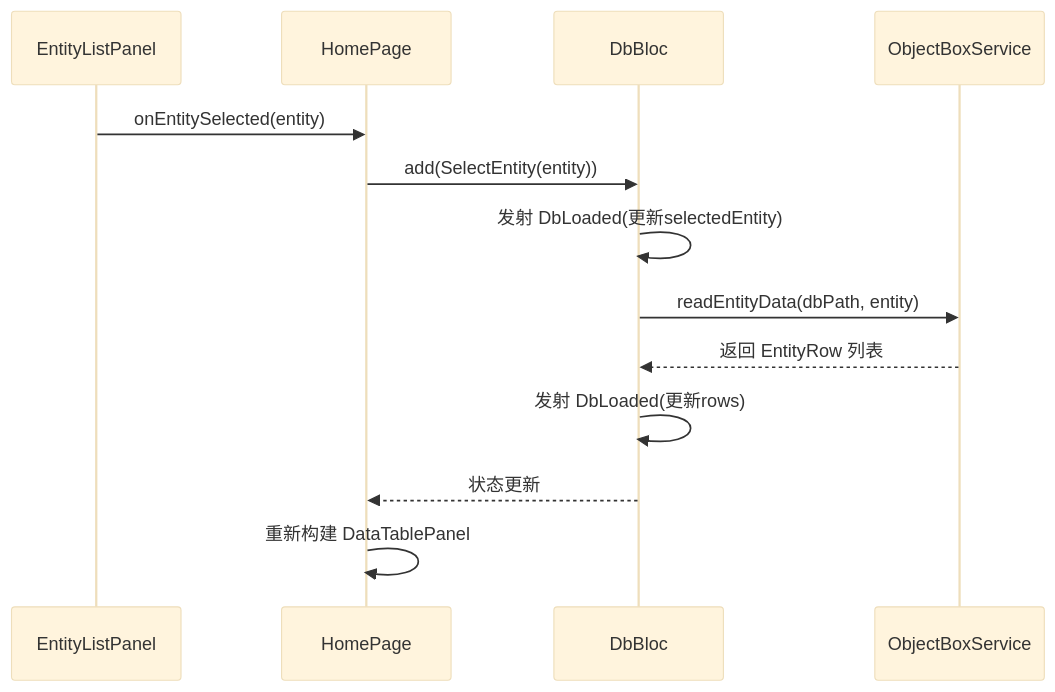
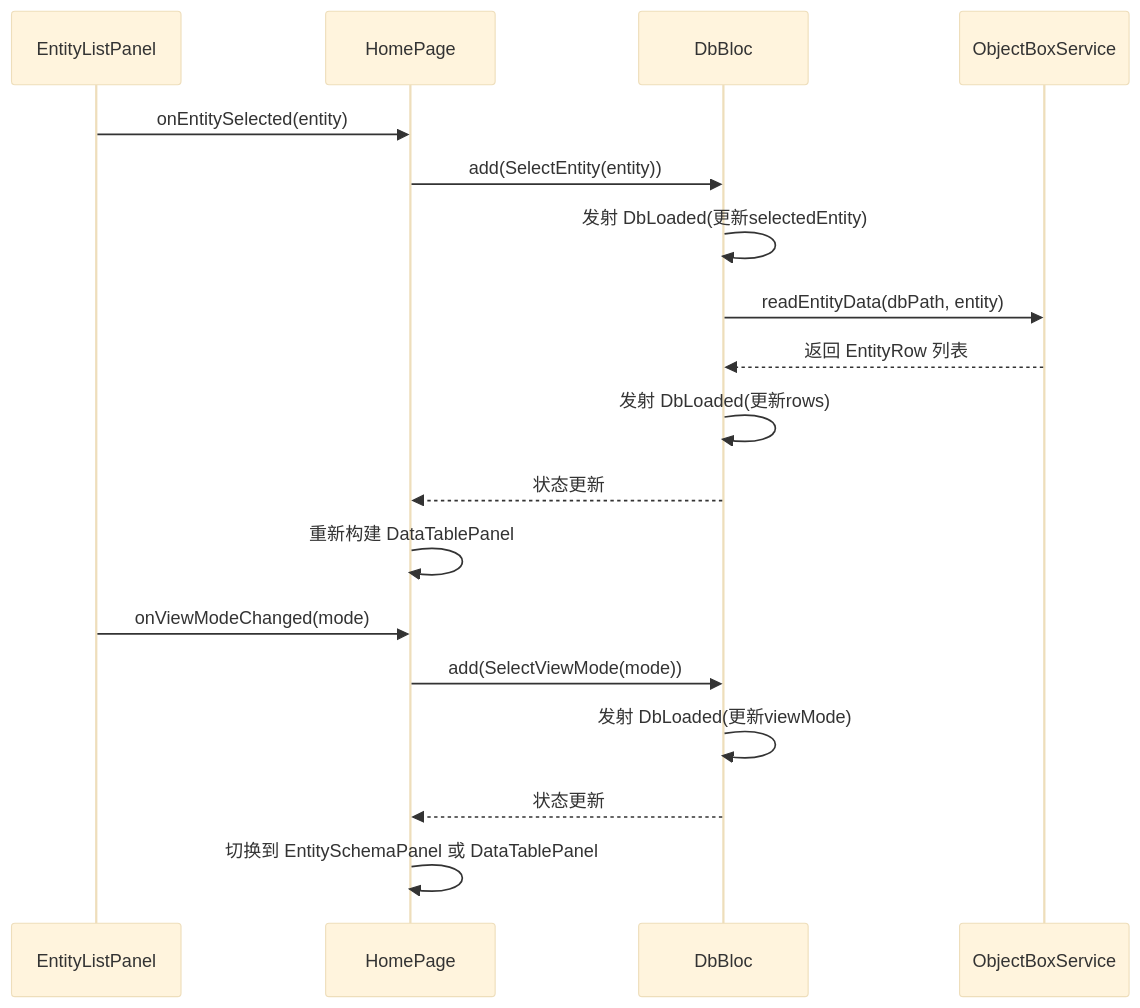
Before and after one commit to kongpf8848/objectbox_viewer: diagram 11 of 15 in .qoder/repowiki/zh/content/架构设计/状态管理设计.md, drawn with Mermaid (base theme). The commit also changed other lines of this file and 9 other files, not shown here.

````diff
--- a/.qoder/repowiki/zh/content/架构设计/状态管理设计.md
+++ b/.qoder/repowiki/zh/content/架构设计/状态管理设计.md
@@ -310,15 +402,20 @@
 ```mermaid
 sequenceDiagram
 participant Panel as EntityListPanel
 participant Home as HomePage
 participant Bloc as DbBloc
 participant Service as ObjectBoxService
 Panel->>Home : onEntitySelected(entity)
 Home->>Bloc : add(SelectEntity(entity))
 Bloc->>Bloc : 发射 DbLoaded(更新selectedEntity)
 Bloc->>Service : readEntityData(dbPath, entity)
 Service-->>Bloc : 返回 EntityRow 列表
 Bloc->>Bloc : 发射 DbLoaded(更新rows)
 Bloc-->>Home : 状态更新
 Home->>Home : 重新构建 DataTablePanel
+Panel->>Home : onViewModeChanged(mode)
+Home->>Bloc : add(SelectViewMode(mode))
+Bloc->>Bloc : 发射 DbLoaded(更新viewMode)
+Bloc-->>Home : 状态更新
+Home->>Home : 切换到 EntitySchemaPanel 或 DataTablePanel
 ```
````
